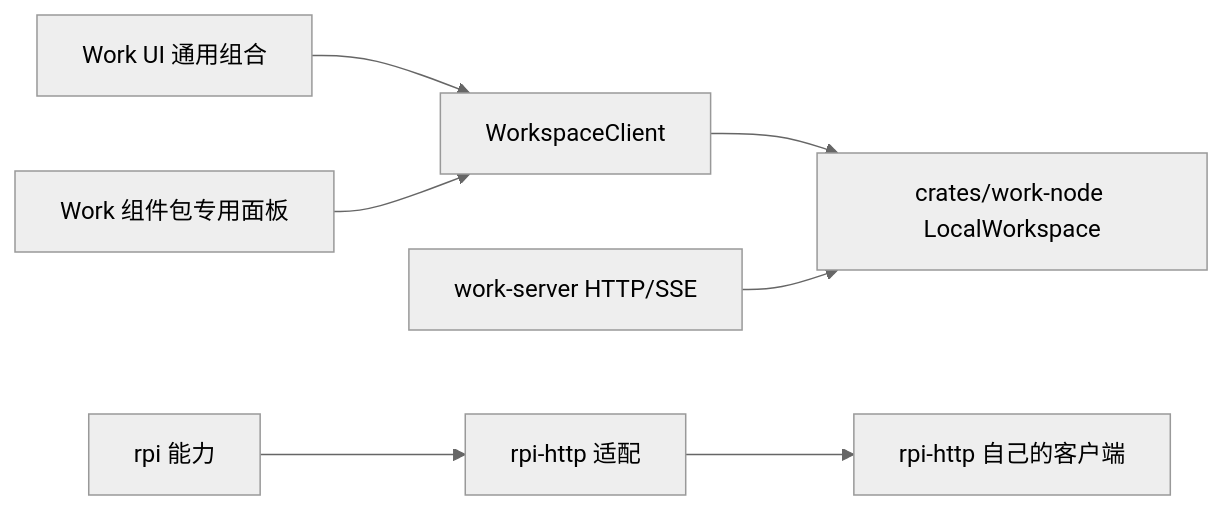
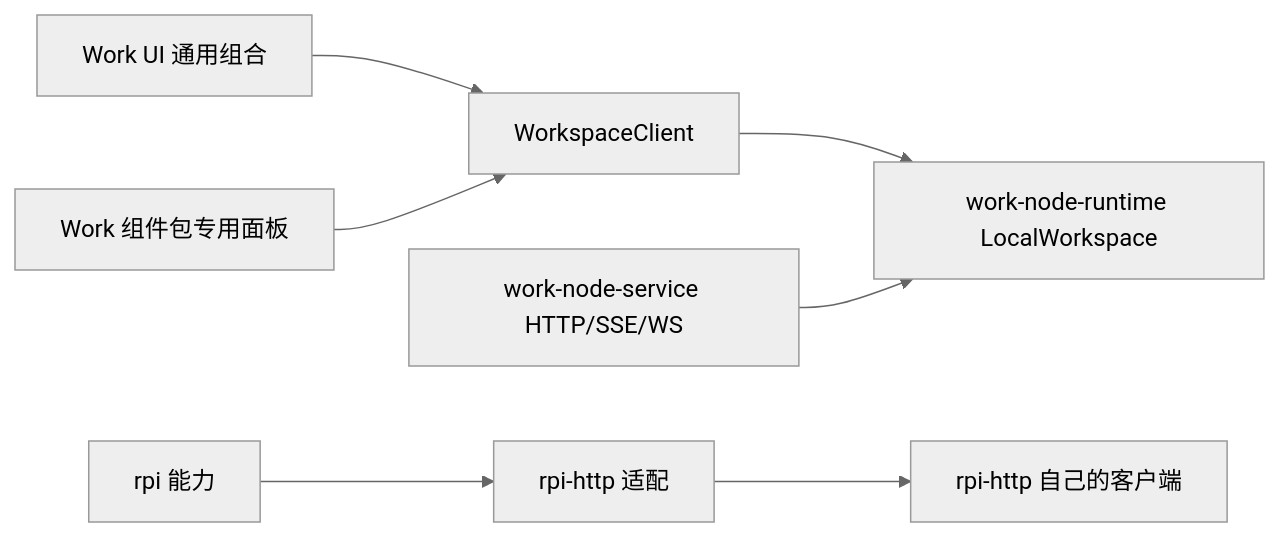
Before and after one commit to pi-rust/rpi-work: the diagram in docs/architecture/component-composition.md, drawn with Mermaid (neutral theme). The commit also changed other lines of this file and 22 other files, not shown here.

Commit message:
docs: review and align architecture with current Work ownership

````diff
--- a/docs/architecture/component-composition.md
+++ b/docs/architecture/component-composition.md
@@ -20,9 +20,9 @@
 ```mermaid
 flowchart LR
   Work[Work UI 通用组合] --> Client[WorkspaceClient]
-  Client --> Owner[crates/work-node LocalWorkspace]
-  HTTP[work-server HTTP/SSE] --> Owner
+  Client --> Owner[work-node-runtime LocalWorkspace]
+  HTTP[work-node-service HTTP/SSE/WS] --> Owner
   Panel[Work 组件包专用面板] --> Client
   Rpi[rpi 能力] --> RpiHttp[rpi-http 适配]
   RpiHttp --> RpiClients[rpi-http 自己的客户端]
 ```
````
